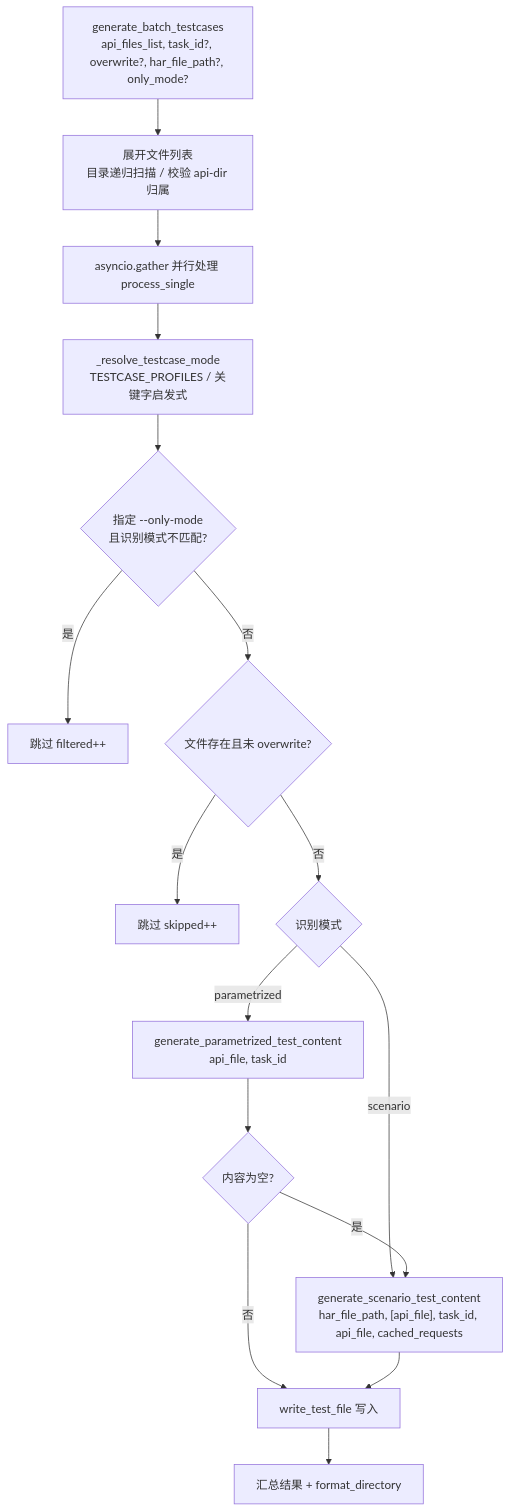
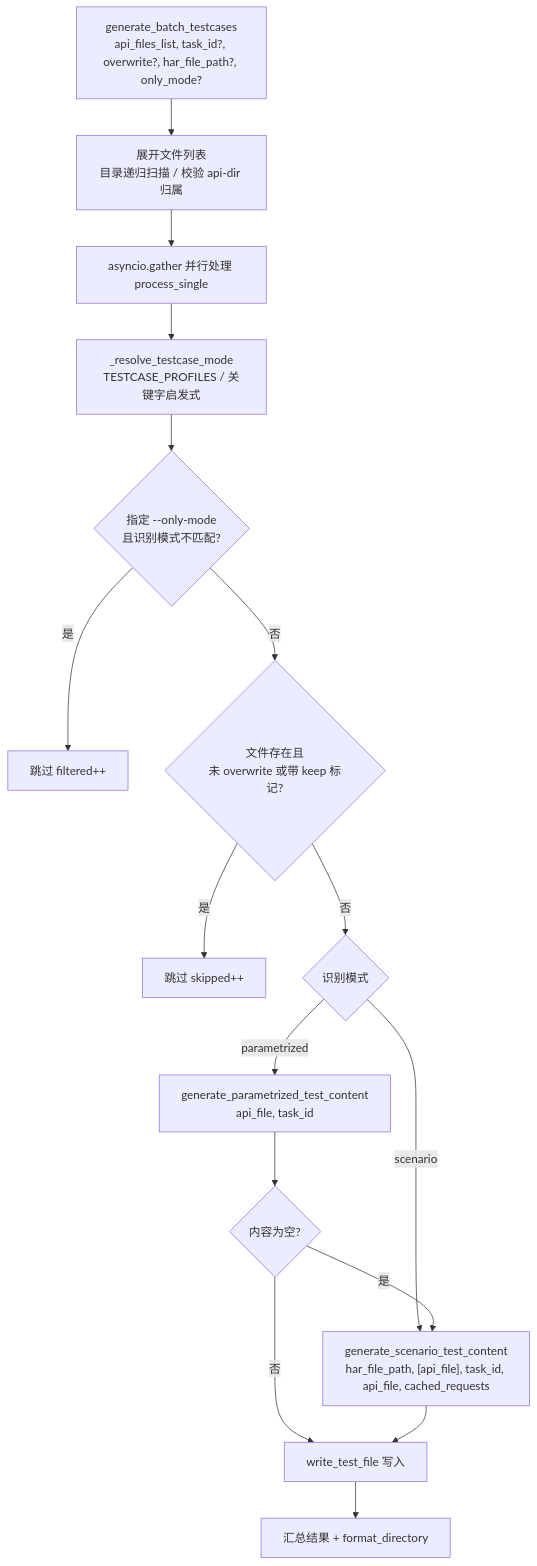
Before and after one commit to hewei198711/har2pytest: the third of 3 diagrams in docs/testcase_generation_modes.md, drawn with Mermaid. The commit also changed other lines of this file and 44 other files, not shown here.

````diff
--- a/docs/testcase_generation_modes.md
+++ b/docs/testcase_generation_modes.md
@@ -475,18 +526,18 @@
 ```mermaid
 flowchart TD
     A["generate_batch_testcases<br/>api_files_list, task_id?, overwrite?, har_file_path?, only_mode?"] --> B["展开文件列表<br/>目录递归扫描 / 校验 api-dir 归属"]
     B --> C["asyncio.gather 并行处理 process_single"]
     C --> D["_resolve_testcase_mode<br/>TESTCASE_PROFILES / 关键字启发式"]
     D --> E{指定 --only-mode<br/>且识别模式不匹配?}
     E -->|是| F["跳过 filtered++"]
-    E -->|否| G{文件存在且未 overwrite?}
+    E -->|否| G{文件存在且<br/>未 overwrite 或带 keep 标记?}
     G -->|是| H["跳过 skipped++"]
     G -->|否| I{识别模式}
     I -->|parametrized| J["generate_parametrized_test_content<br/>api_file, task_id"]
     I -->|scenario| K["generate_scenario_test_content<br/>har_file_path, [api_file], task_id, api_file, cached_requests"]
     J --> L{内容为空?}
     L -->|是| K
     L -->|否| M["write_test_file 写入"]
     K --> M
     M --> N["汇总结果 + format_directory"]
 ```
````
